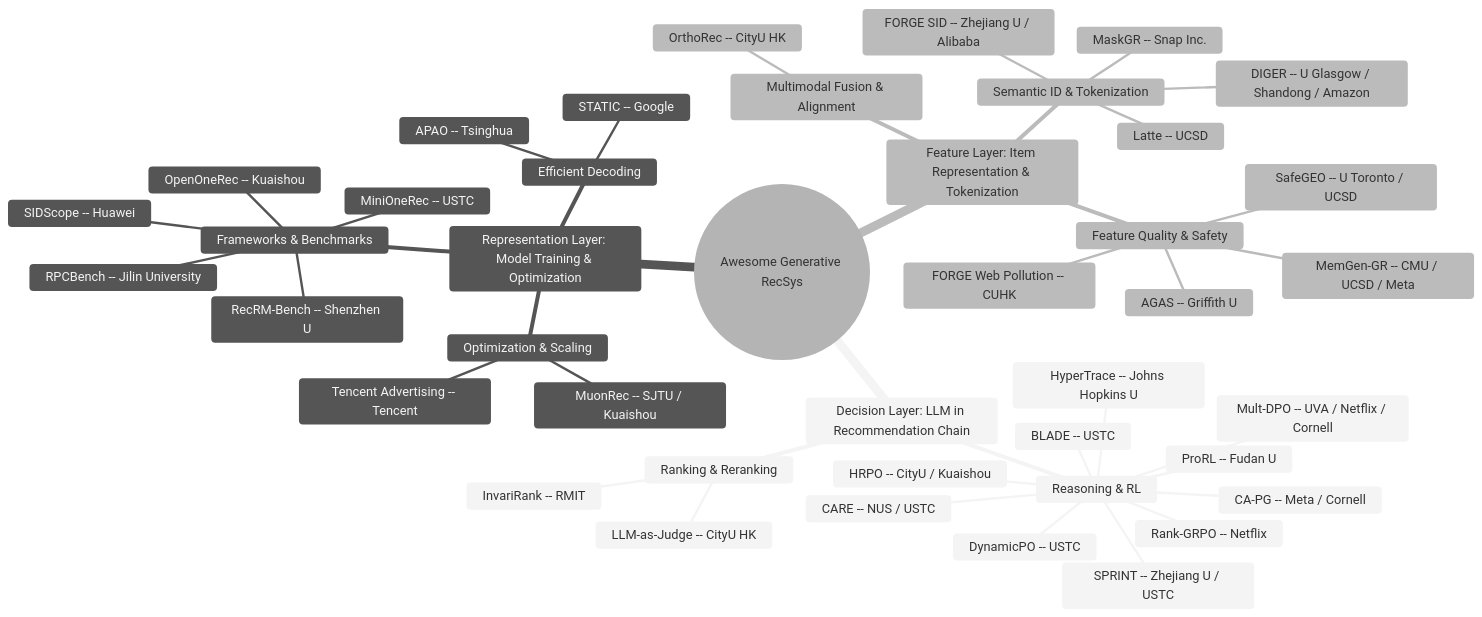
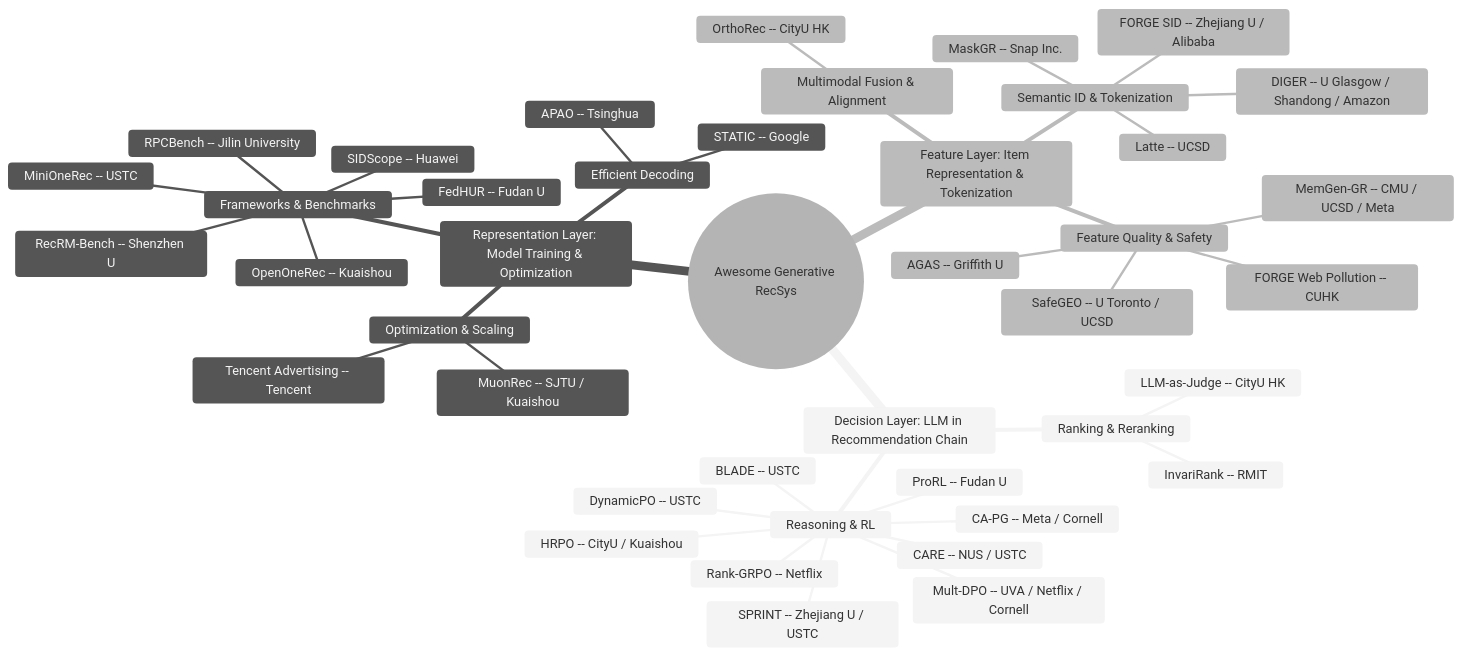
Before and after one commit to HaFred/awesome-generative-recsys: the diagram in README.md, drawn with Mermaid (neutral theme). The commit also changed other lines of this file and 3 other files, not shown here.

````diff
--- a/README.md
+++ b/README.md
@@ -30,45 +30,45 @@
 ```mermaid
 mindmap
   root((Awesome Generative RecSys))
     Decision Layer: LLM in Recommendation Chain
       Reasoning & RL
         Rank-GRPO -- Netflix
         DynamicPO -- USTC
         BLADE -- USTC
         SPRINT -- Zhejiang U / USTC
         CARE -- NUS / USTC
         HRPO -- CityU / Kuaishou
         Mult-DPO -- UVA / Netflix / Cornell
         CA-PG -- Meta / Cornell
         ProRL -- Fudan U
-        HyperTrace -- Johns Hopkins U
       Ranking & Reranking
         InvariRank -- RMIT
         LLM-as-Judge -- CityU HK
     Representation Layer: Model Training & Optimization
       Frameworks & Benchmarks
         MiniOneRec -- USTC
         OpenOneRec -- Kuaishou
         RecRM-Bench -- Shenzhen U
         SIDScope -- Huawei
         RPCBench -- Jilin University
+        FedHUR -- Fudan U
       Efficient Decoding
         STATIC -- Google
         APAO -- Tsinghua
       Optimization & Scaling
         MuonRec -- SJTU / Kuaishou
         Tencent Advertising -- Tencent
     Feature Layer: Item Representation & Tokenization
       Semantic ID & Tokenization
         Latte -- UCSD
         FORGE SID -- Zhejiang U / Alibaba
         DIGER -- U Glasgow / Shandong / Amazon
         MaskGR -- Snap Inc.
       Multimodal Fusion & Alignment
         OrthoRec -- CityU HK
       Feature Quality & Safety
         SafeGEO -- U Toronto / UCSD
         MemGen-GR -- CMU / UCSD / Meta
         FORGE Web Pollution -- CUHK
         AGAS -- Griffith U
 ```
````
